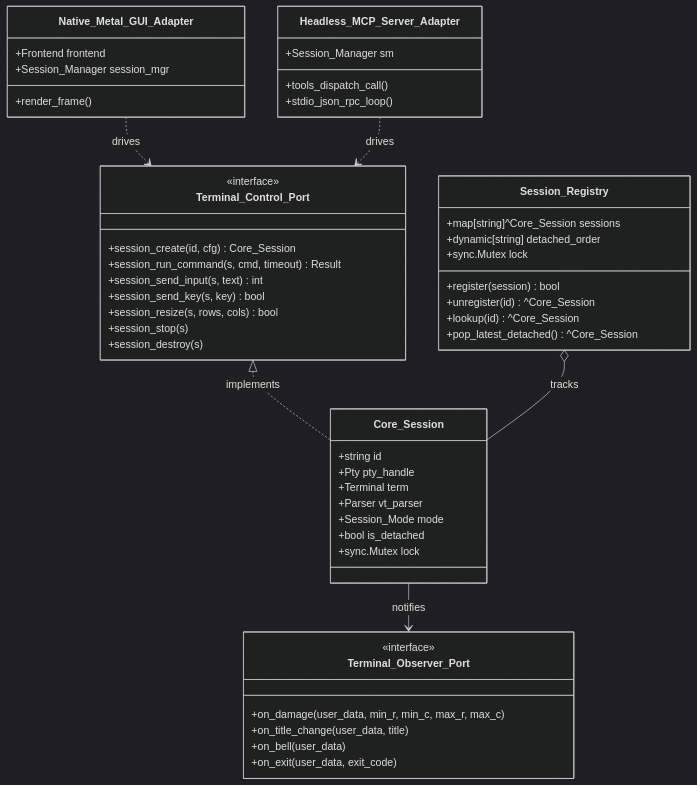
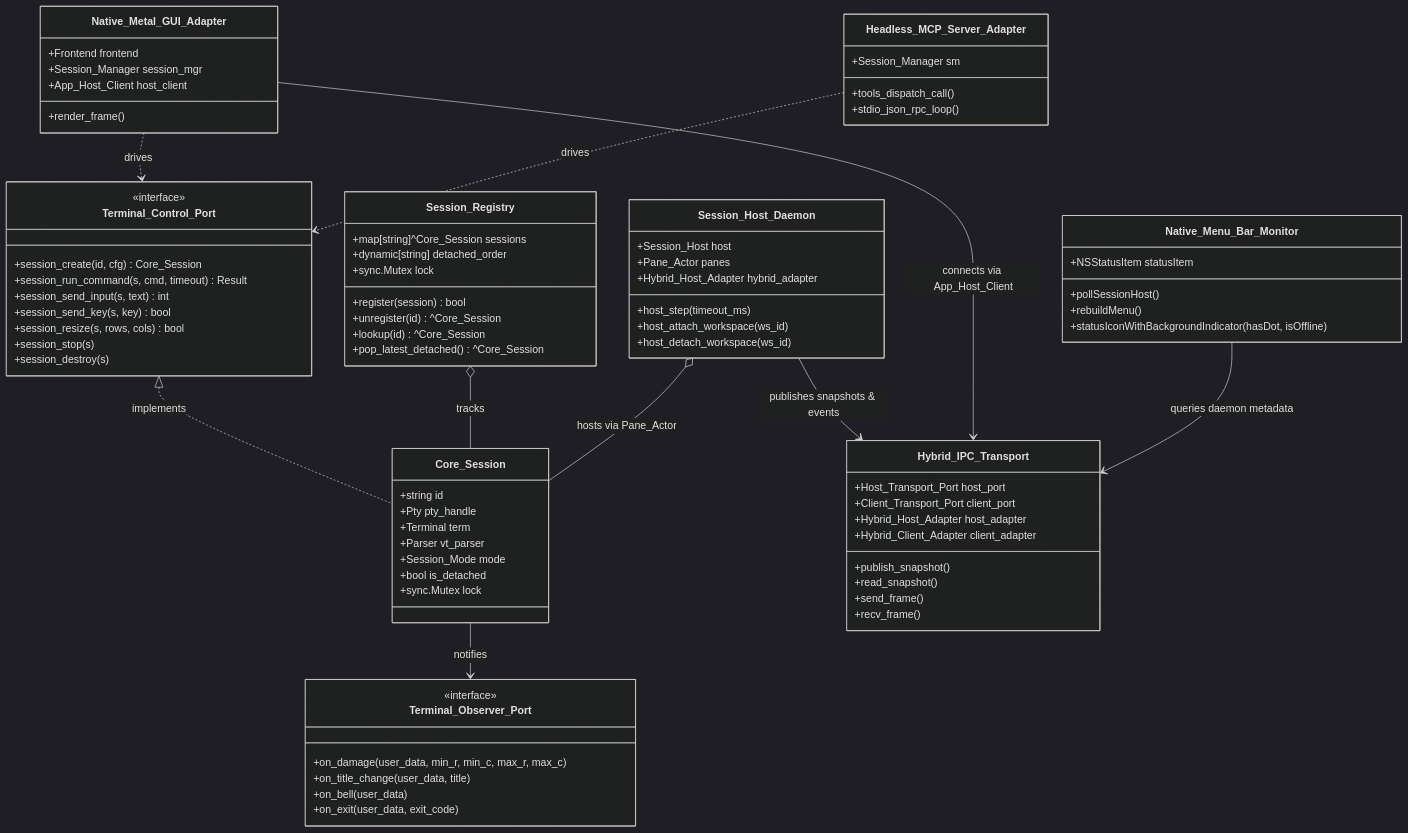
The second of 3 diagrams in docs/architecture.md (dwlhm/term), drawn with Mermaid (dark theme) before and after one commit. The commit also changed other lines of this file and 5 other files, not shown here.

Commit message:
docs: document native multiplexer architecture, transport benchmarks, and user guide

````diff
--- a/docs/architecture.md
+++ b/docs/architecture.md
@@ -161,6 +161,7 @@
     class Native_Metal_GUI_Adapter {
         +Frontend frontend
         +Session_Manager session_mgr
+        +App_Host_Client host_client
         +render_frame()
     }
 
@@ -168,6 +169,33 @@
         +Session_Manager sm
         +tools_dispatch_call()
         +stdio_json_rpc_loop()
+    }
+
+    class Session_Host_Daemon {
+        +Session_Host host
+        +Pane_Actor panes
+        +Hybrid_Host_Adapter hybrid_adapter
+        +host_step(timeout_ms)
+        +host_attach_workspace(ws_id)
+        +host_detach_workspace(ws_id)
+    }
+
+    class Native_Menu_Bar_Monitor {
+        +NSStatusItem statusItem
+        +pollSessionHost()
+        +rebuildMenu()
+        +statusIconWithBackgroundIndicator(hasDot, isOffline)
+    }
+
+    class Hybrid_IPC_Transport {
+        +Host_Transport_Port host_port
+        +Client_Transport_Port client_port
+        +Hybrid_Host_Adapter host_adapter
+        +Hybrid_Client_Adapter client_adapter
+        +publish_snapshot()
+        +read_snapshot()
+        +send_frame()
+        +recv_frame()
     }
 
     class Session_Registry {
@@ -185,4 +213,8 @@
     Native_Metal_GUI_Adapter ..> Terminal_Control_Port : drives
     Headless_MCP_Server_Adapter ..> Terminal_Control_Port : drives
     Session_Registry o-- Core_Session : tracks
+    Session_Host_Daemon o-- Core_Session : hosts via Pane_Actor
+    Session_Host_Daemon --> Hybrid_IPC_Transport : publishes snapshots & events
+    Native_Metal_GUI_Adapter --> Hybrid_IPC_Transport : connects via App_Host_Client
+    Native_Menu_Bar_Monitor --> Hybrid_IPC_Transport : queries daemon metadata
 ```
````
